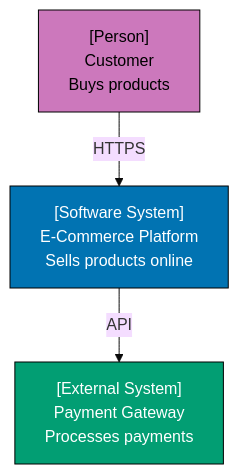
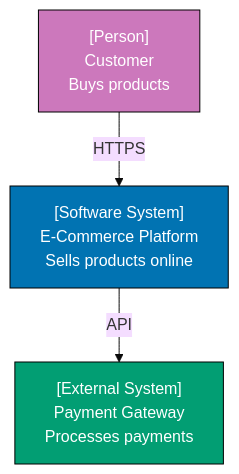
Before and after one commit to wahidyankf/open-sharia-enterprise: the third of 30 diagrams in apps/ayokoding-web/content/en/learn/software-engineering/architecture/c4-architecture-model/by-example/beginner.md, drawn with Mermaid (base theme). The commit also changed other lines of this file and 61 other files, not shown here.

First line of the commit message:
fix(ayokoding-web): quote Mermaid node labels with special characters in Example 63

````diff
--- a/apps/ayokoding-web/content/en/learn/software-engineering/architecture/c4-architecture-model/by-example/beginner.md
+++ b/apps/ayokoding-web/content/en/learn/software-engineering/architecture/c4-architecture-model/by-example/beginner.md
@@ -85,13 +85,13 @@
 ```mermaid
 graph TD
     Person["[Person]<br/>Customer<br/>Buys products"]
     System["[Software System]<br/>E-Commerce Platform<br/>Sells products online"]
     ExtSystem["[External System]<br/>Payment Gateway<br/>Processes payments"]
 
     Person -->|HTTPS| System
     System -->|API| ExtSystem
 
-    style Person fill:#CC78BC,stroke:#000,color:#000
+    style Person fill:#CC78BC,stroke:#000,color:#fff
     style System fill:#0173B2,stroke:#000,color:#fff
     style ExtSystem fill:#029E73,stroke:#000,color:#fff
 ```
````
